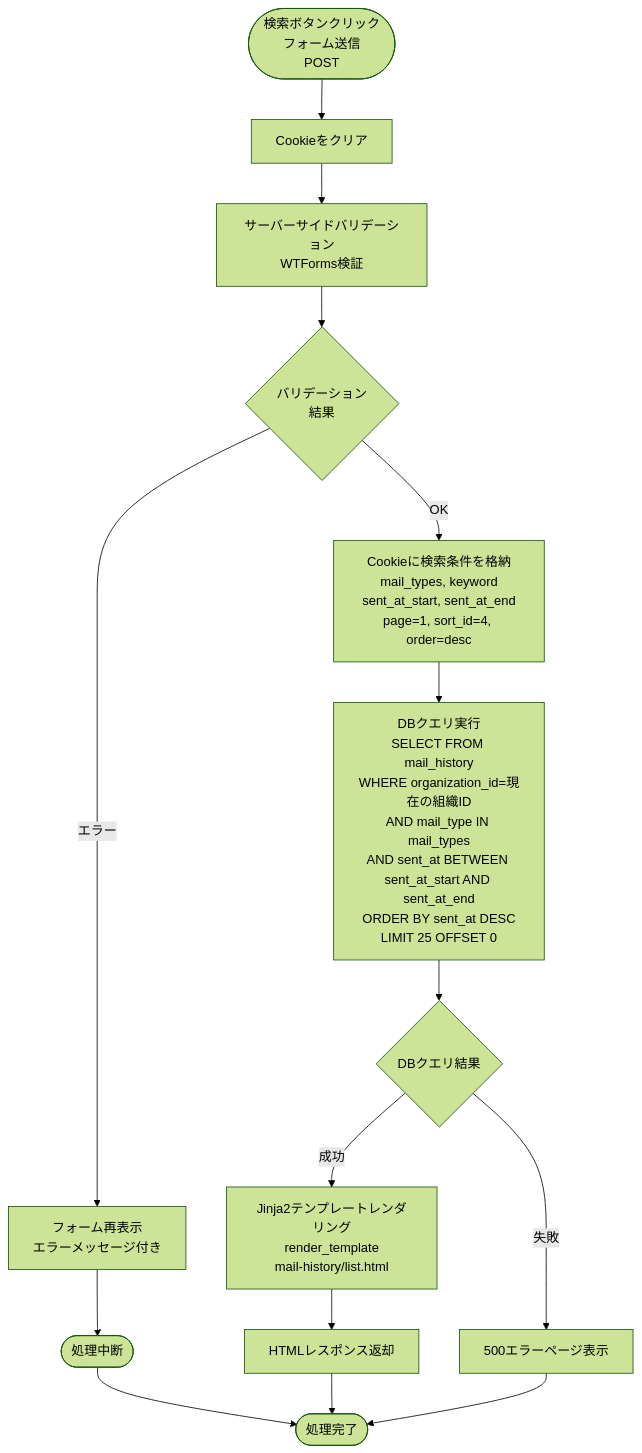
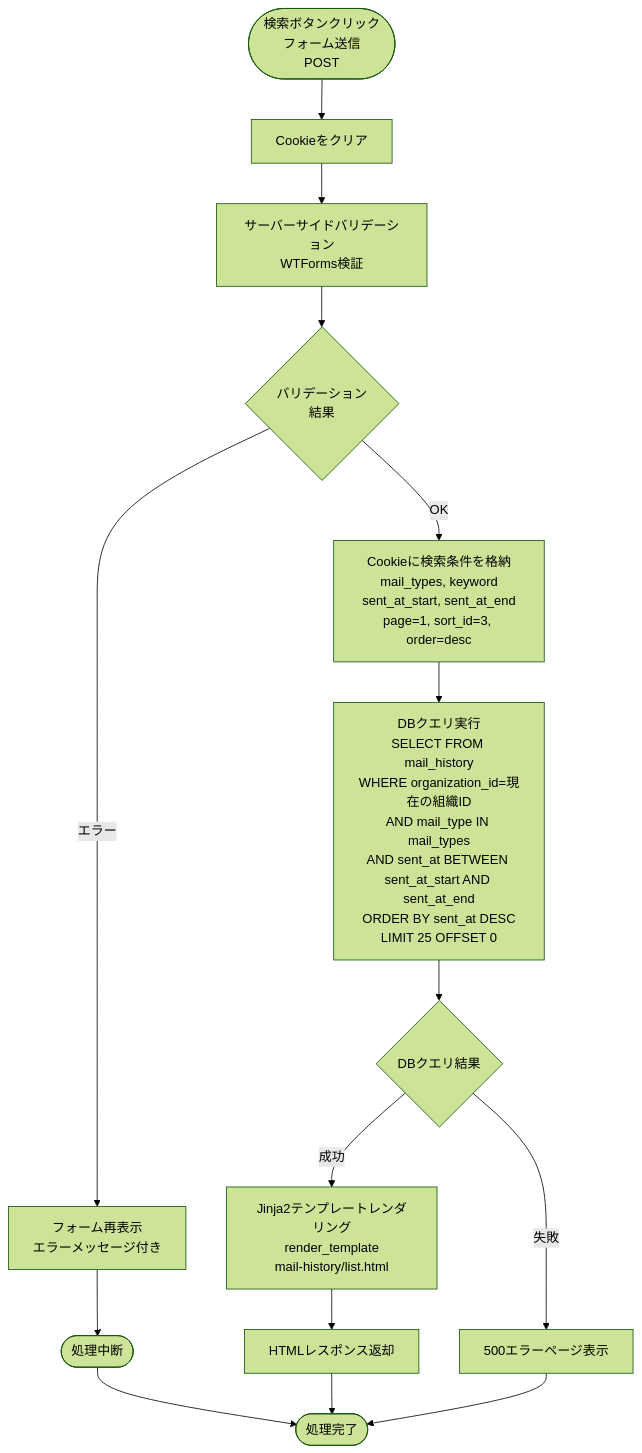
Before and after one commit to NSW-SVCP-AIWG002/Databricks-IoT: the second of 5 diagrams in docs/03-features/flask-app/mail-history/workflow-specification.md, drawn with Mermaid (forest theme). The commit also changed other lines of this file and 2 other files, not shown here.

````diff
--- a/docs/03-features/flask-app/mail-history/workflow-specification.md
+++ b/docs/03-features/flask-app/mail-history/workflow-specification.md
@@ -372,22 +371,22 @@
 ```mermaid
 flowchart TD
     Start([検索ボタンクリック<br>フォーム送信<br>POST]) --> ClearCookie[Cookieをクリア]
     ClearCookie --> Validate[サーバーサイドバリデーション<br>WTForms検証]
     Validate --> ValidCheck{バリデーション<br>結果}
 
     ValidCheck -->|エラー| ValidError[フォーム再表示<br>エラーメッセージ付き]
     ValidError --> ValidEnd([処理中断])
 
-    ValidCheck -->|OK| PutParams[Cookieに検索条件を格納<br>mail_types, keyword<br>sent_at_start, sent_at_end<br>page=1, sort_id=4, order=desc]
+    ValidCheck -->|OK| PutParams[Cookieに検索条件を格納<br>mail_types, keyword<br>sent_at_start, sent_at_end<br>page=1, sort_id=3, order=desc]
     PutParams --> Query[DBクエリ実行<br>SELECT FROM mail_history<br>WHERE organization_id=現在の組織ID<br>AND mail_type IN mail_types<br>AND sent_at BETWEEN sent_at_start AND sent_at_end<br>ORDER BY sent_at DESC<br>LIMIT 25 OFFSET 0]
     Query --> CheckDB{DBクエリ結果}
 
     CheckDB -->|成功| Template[Jinja2テンプレートレンダリング<br>render_template<br>mail-history/list.html]
     Template --> Response[HTMLレスポンス返却]
 
     CheckDB -->|失敗| Error500[500エラーページ表示]
 
     ValidEnd --> End([処理完了])
     Response --> End
     Error500 --> End
 ```
````
